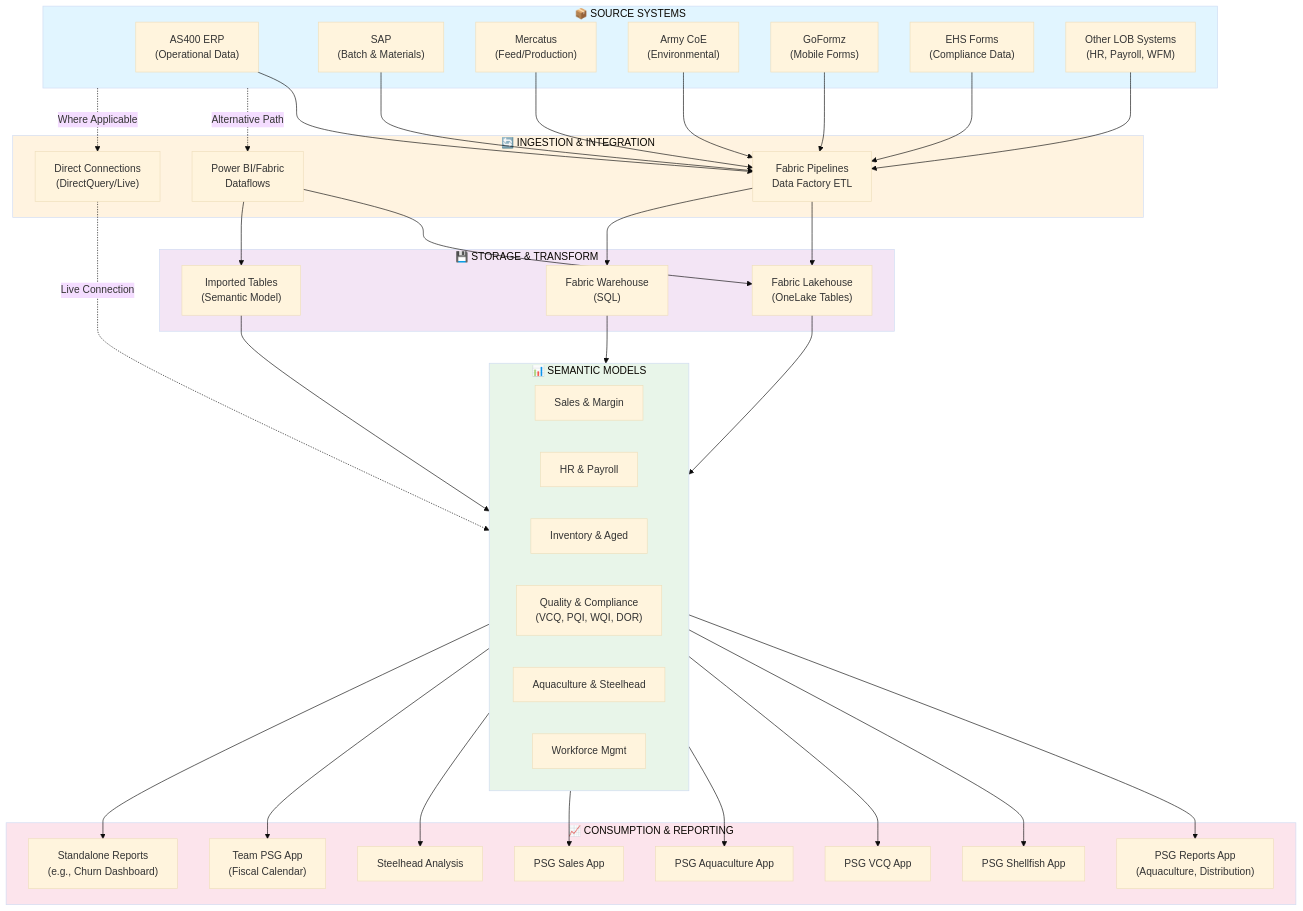
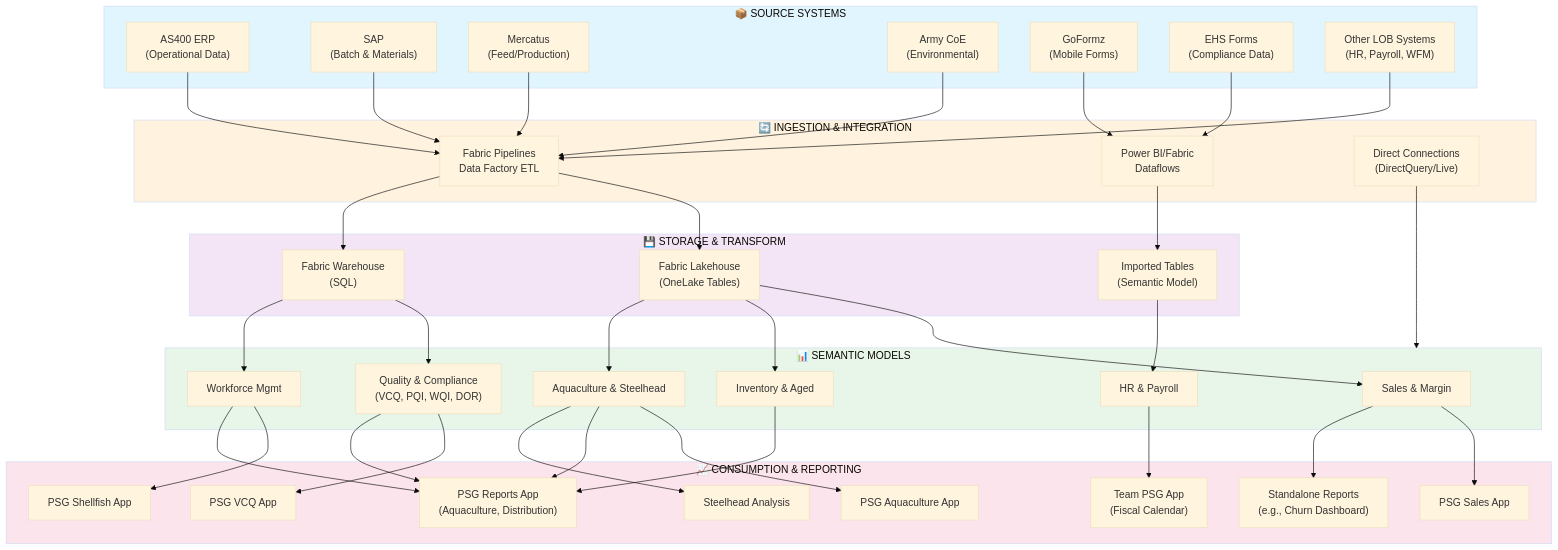
Before and after one commit to KHAFS-2026/PSG-data-architecture: the diagram in diagrams/psg-data-architecture.md, drawn with Mermaid (base theme). The commit also changed other lines of this file, not shown here.

Commit message:
Update diagram with enhanced lineage - specific object-to-object connections

````diff
--- a/diagrams/psg-data-architecture.md
+++ b/diagrams/psg-data-architecture.md
@@ -44,44 +44,50 @@
         StandaloneReports["Standalone Reports<br/>(e.g., Churn Dashboard)"]
     end
 
-    %% Source to Ingestion
+    %% SOURCE TO INGESTION - SPECIFIC CONNECTIONS
     AS400 --> Pipelines
     SAP --> Pipelines
     Mercatus --> Pipelines
     ArmyCoE --> Pipelines
-    GoFormz --> Pipelines
-    EHSForms --> Pipelines
+    GoFormz --> Dataflows
+    EHSForms --> Dataflows
     OtherSources --> Pipelines
-    
-    Sources -.->|Alternative Path| Dataflows
-    Sources -.->|Where Applicable| DirectConnect
 
-    %% Ingestion to Storage
+    %% INGESTION TO STORAGE - SPECIFIC CONNECTIONS
     Pipelines --> Lakehouse
     Pipelines --> Warehouse
-    Dataflows --> Lakehouse
     Dataflows --> ImportedModel
-    DirectConnect -.->|Live Connection| Models
+    DirectConnect --> Models
 
-    %% Storage to Models
-    Lakehouse --> Models
-    Warehouse --> Models
-    ImportedModel --> Models
+    %% STORAGE TO MODELS - SPECIFIC CONNECTIONS
+    Lakehouse --> SalesModel
+    Lakehouse --> InventoryModel
+    Lakehouse --> AquacultureModel
+    Warehouse --> QCModel
+    Warehouse --> WFMModel
+    ImportedModel --> HRModel
 
-    %% Models to Consumption
-    Models --> PSGReports
-    Models --> PSGShellfish
-    Models --> PSGVCQ
-    Models --> PSGAquaculture
-    Models --> PSGSales
-    Models --> SteelheadApp
-    Models --> TeamPSG
-    Models --> StandaloneReports
+    %% MODELS TO CONSUMPTION - SPECIFIC CONNECTIONS
+    SalesModel --> PSGSales
+    SalesModel --> StandaloneReports
+    
+    InventoryModel --> PSGReports
+    
+    AquacultureModel --> PSGAquaculture
+    AquacultureModel --> PSGReports
+    AquacultureModel --> SteelheadApp
+    
+    QCModel --> PSGVCQ
+    QCModel --> PSGReports
+    
+    WFMModel --> PSGShellfish
+    WFMModel --> PSGReports
+    
+    HRModel --> TeamPSG
 
     style Sources fill:#e1f5ff
     style Ingestion fill:#fff3e0
     style Storage fill:#f3e5f5
     style Models fill:#e8f5e9
     style Consumption fill:#fce4ec
-
 ```
````
